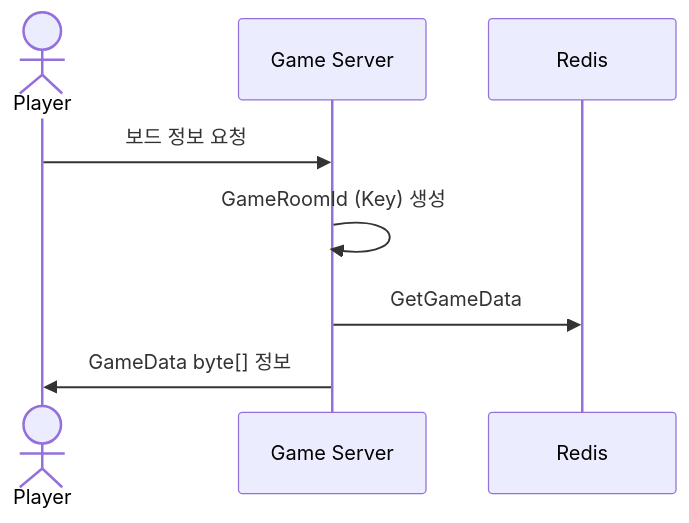
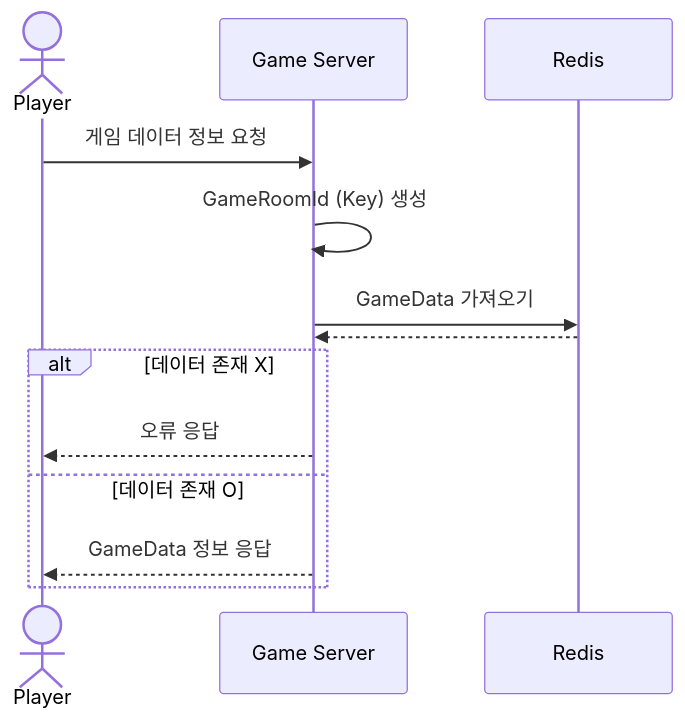
One commit to yujinS0/Omok-Game changed the fourth of 4 diagrams in SequenceDiagram/GamePlay.md. Above: the diagram before and after it, drawn with Mermaid. The commit also changed other lines of this file, not shown here.

````diff
--- a/SequenceDiagram/GamePlay.md
+++ b/SequenceDiagram/GamePlay.md
@@ -83,12 +86,16 @@
 ```mermaid
 sequenceDiagram
-	actor Player
-	participant Game Server
-  	participant Redis
+	actor P as Player
+	participant G as Game Server
+  	participant R as Redis
 
-	Player ->> Game Server: 보드 정보 요청
-	Game Server ->> Game Server : GameRoomId (Key) 생성
-  Game Server ->> Redis : GetGameData
-  Game Server ->> Player : GameData byte[] 정보
-
+	P ->> G: 게임 데이터 정보 요청
+	G ->> G : GameRoomId (Key) 생성
+	G ->> R : GameData 가져오기
+	R-->>G: 
+	alt 데이터 존재 X
+		G-->>P: 오류 응답
+	else 데이터 존재 O
+		G -->> P : GameData 정보 응답
+	end
 ```
````
